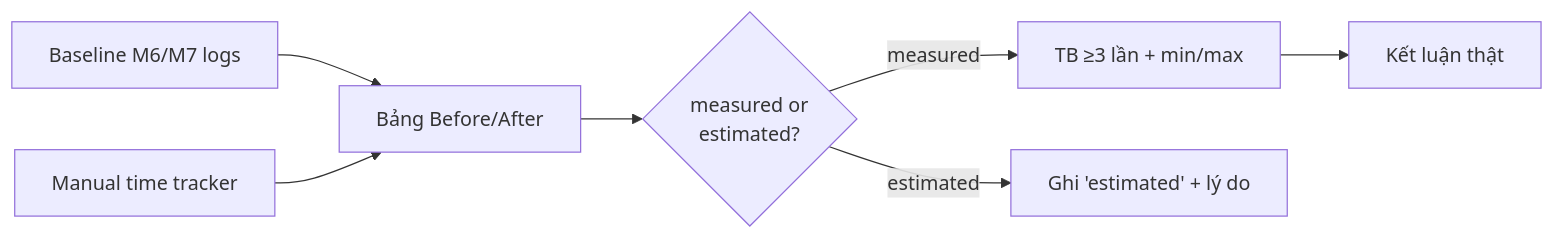
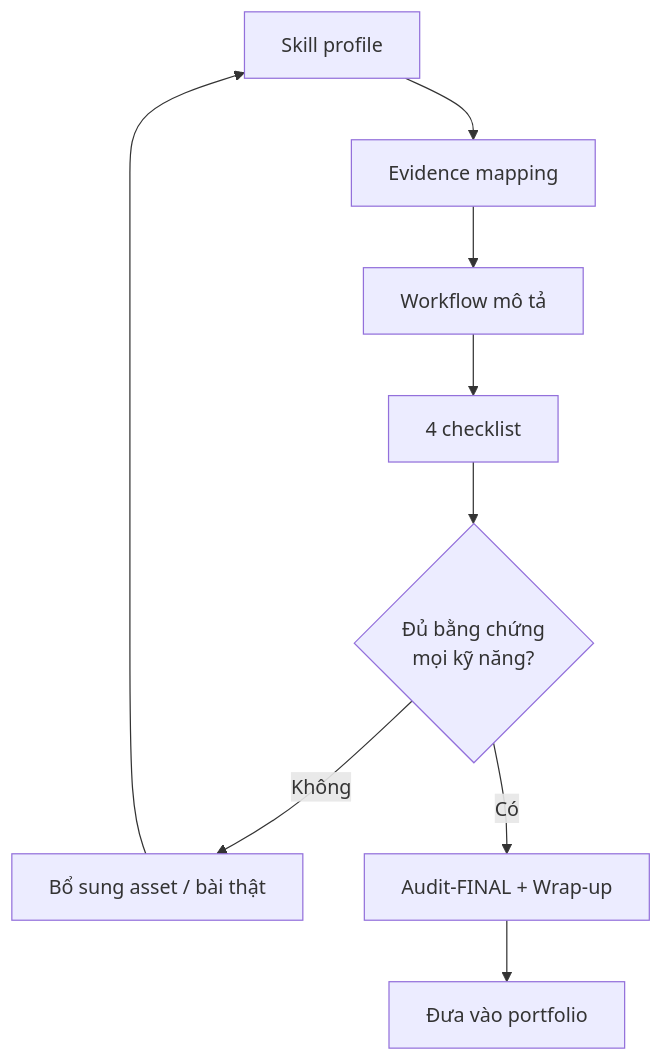
The second of 3 diagrams in docs/curriculum/MODULE-09-capstone.md (heino-labs/gen-ai-labs), drawn with Mermaid before and after one commit. The commit also changed other lines of this file and 10 other files, not shown here.

Commit message:
Refactor MODULE-09-capstone.md and README.md for clarity and structure; enhance narrative flow and emphasize evidence-based learning in AI testing curriculum.

````diff
--- a/docs/curriculum/MODULE-09-capstone.md
+++ b/docs/curriculum/MODULE-09-capstone.md
@@ -220,9 +78,11 @@
 ```mermaid
-flowchart LR
-    M["Baseline M6/M7 logs"] --> T["Bảng Before/After"]
-    E["Manual time tracker"] --> T
-    T --> K{"measured or<br/>estimated?"}
-    K -- measured --> N["TB ≥3 lần + min/max"]
-    K -- estimated --> A["Ghi 'estimated' + lý do"]
-    N --> C["Kết luận thật"]
+flowchart TD
+    PART1["Skill profile"] --> PART2["Evidence mapping"]
+    PART2 --> PART3["Workflow mô tả"]
+    PART3 --> PART4["4 checklist"]
+    PART4 --> GAP{"Đủ bằng chứng<br/>mọi kỹ năng?"}
+    GAP -- Không --> FILL["Bổ sung asset / bài thật"]
+    FILL --> PART1
+    GAP -- Có --> PART5["Audit-FINAL + Wrap-up"]
+    PART5 --> DEP["Đưa vào portfolio"]
 ```
````
